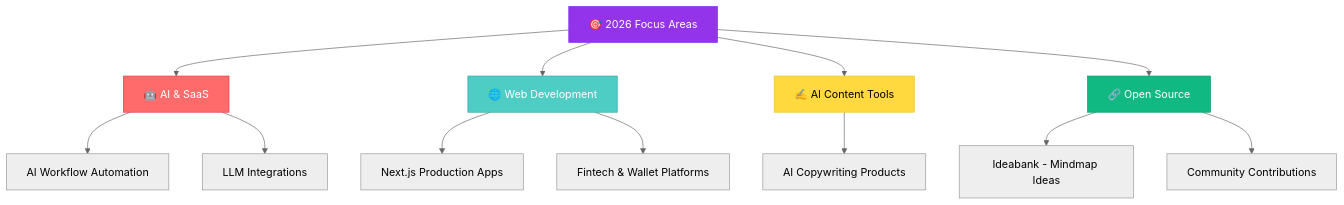
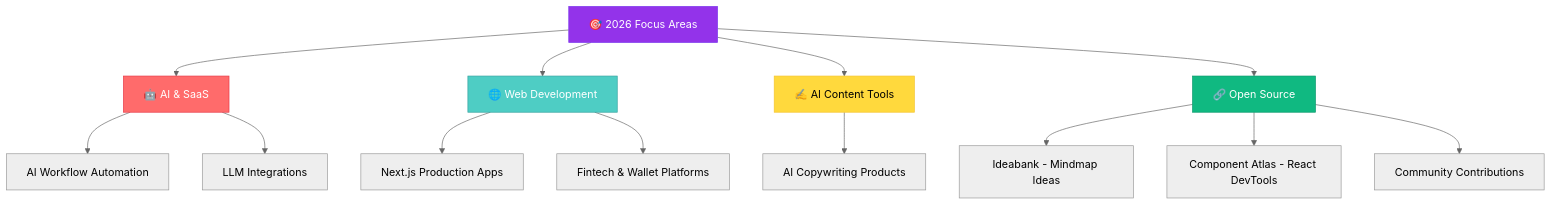
Before and after one commit to khamalismadie/khamalismadie: the diagram in README.md, drawn with Mermaid (neutral theme). The commit also changed other lines of this file, not shown here.

Commit message:
feat: add Component Atlas to featured projects

````diff
--- a/README.md
+++ b/README.md
@@ -139,24 +148,25 @@
 ```mermaid
 graph TB
     A[🎯 2026 Focus Areas] --> B[🤖 AI & SaaS]
     A --> C[🌐 Web Development]
     A --> D[✍️ AI Content Tools]
     A --> E[🔗 Open Source]
 
     B --> B1[AI Workflow Automation]
     B --> B2[LLM Integrations]
 
     C --> C1[Next.js Production Apps]
     C --> C2[Fintech & Wallet Platforms]
 
     D --> D1[AI Copywriting Products]
 
     E --> E1[Ideabank - Mindmap Ideas]
-    E --> E2[Community Contributions]
+    E --> E2[Component Atlas - React DevTools]
+    E --> E3[Community Contributions]
 
     style A fill:#9333EA,stroke:#7C3AED,color:#fff
     style B fill:#FF6B6B,stroke:#E63946,color:#fff
     style C fill:#4ECDC4,stroke:#35A29F,color:#fff
     style D fill:#FFD93D,stroke:#F4C430,color:#000
     style E fill:#10B981,stroke:#059669,color:#fff
 ```
````
